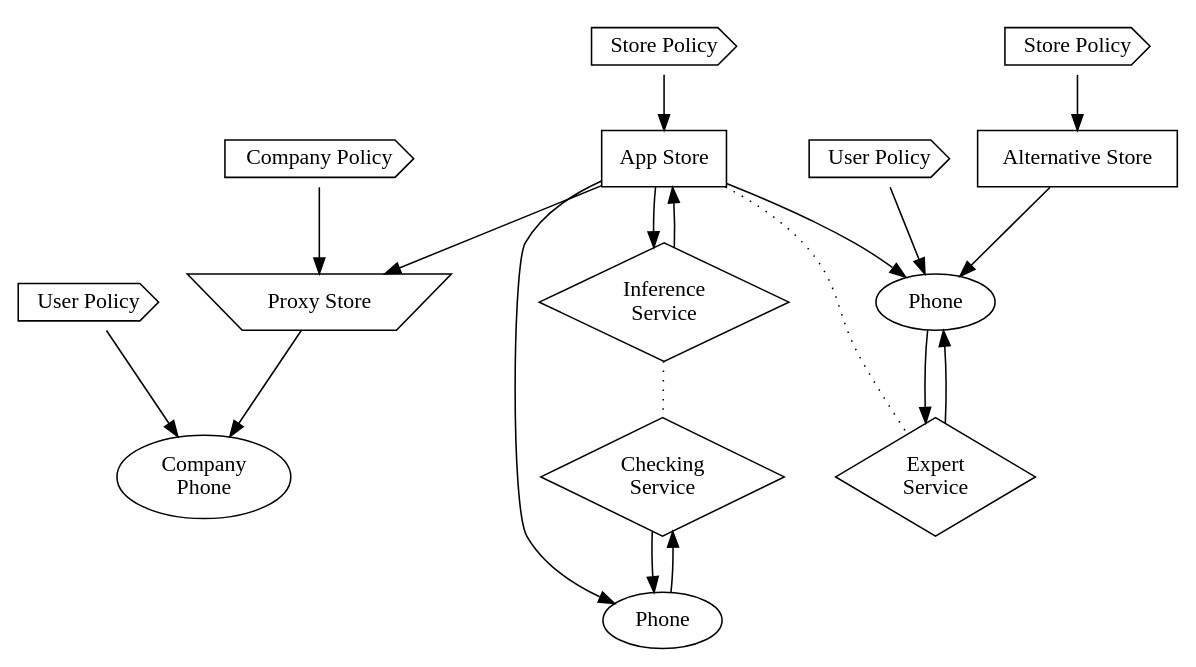
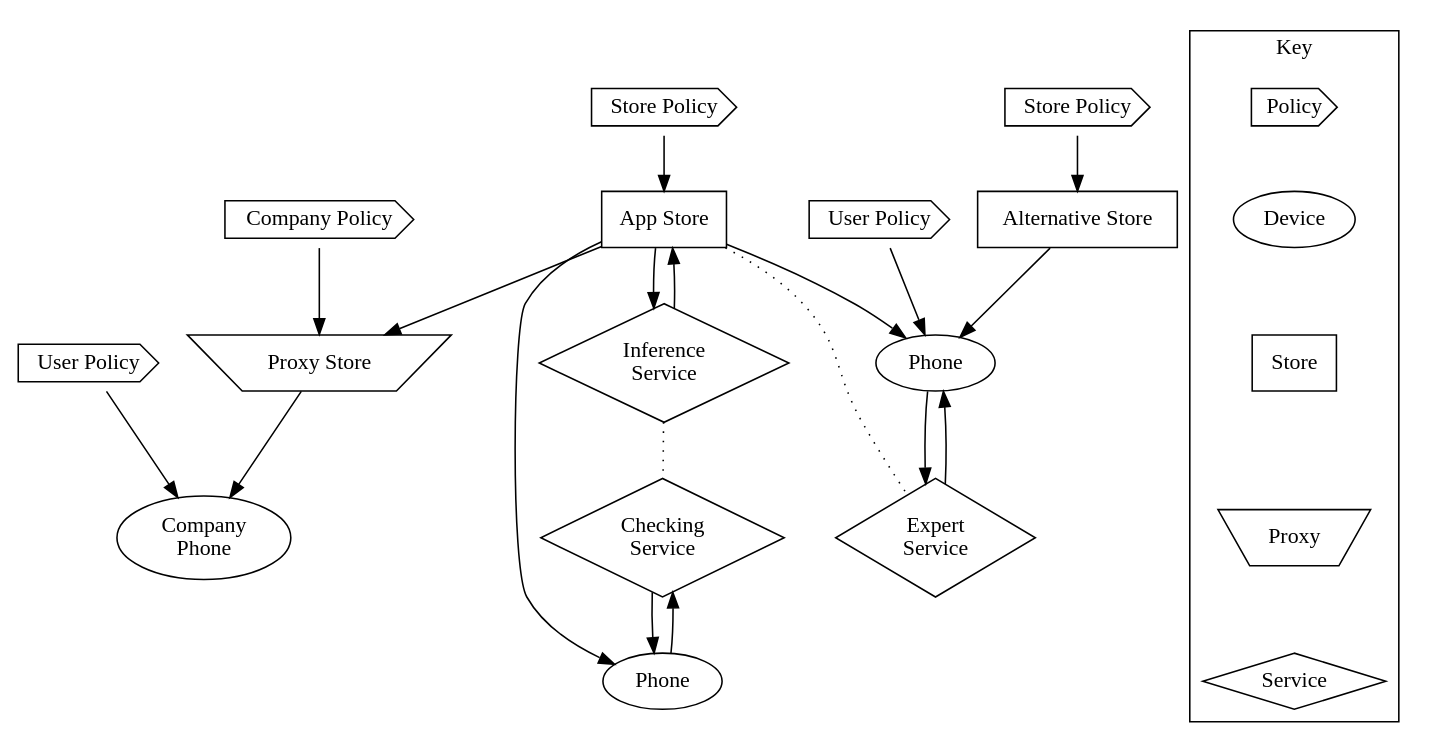
Before and after one commit to bogwonch/first-year-report: the diagram in img/appguarden.dot, drawn with Graphviz. The commit also changed 6 other files, not shown here.

```diff
--- a/img/appguarden.dot
+++ b/img/appguarden.dot
@@ -1,47 +1,62 @@
 digraph appguarden {
   overlap = false;
   splines = true;
+
+  node [fontname="LMSans10-Regular"];
 
   altStore      [label="Alternative Store"  shape=box          fontname="LMSans10-Regular"]
   appStore      [label="App Store"          shape=box          fontname="LMSans10-Regular"]
   checker       [label="Checking\nService"  shape=diamond      fontname="LMSans10-Regular"]
   companyPolicy [label="Company Policy"     shape=cds          fontname="LMSans10-Regular"]
   expert        [label="Expert\nService"    shape=diamond      fontname="LMSans10-Regular"]
   inferer       [label="Inference\nService" shape=diamond      fontname="LMSans10-Regular"]
   phone         [label="Phone"              shape=oval         fontname="LMSans10-Regular"]
   phone2        [label="Phone"              shape=oval         fontname="LMSans10-Regular"]
   phone4        [label="Company\nPhone"     shape=oval         fontname="LMSans10-Regular"]
   policy1       [label="Store Policy"       shape=cds          fontname="LMSans10-Regular"]
   policy2       [label="Store Policy"       shape=cds          fontname="LMSans10-Regular"]
   proxyStore    [label="Proxy Store"        shape=invtrapezium fontname="LMSans10-Regular"]
   userPolicy    [label="User Policy"        shape=cds          fontname="LMSans10-Regular"]
   userPolicy2   [label="User Policy"        shape=cds          fontname="LMSans10-Regular"]
 
+  subgraph cluster_key {
+    fontname="LMSans10-Bold";
+    label="Key";
+
+    Device [shape=oval];
+    Store [shape=box];
+    Service [shape=diamond];
+    Policy [shape=cds];
+    Proxy [shape=invtrapezium];
+    
+    edge [style=invisible arrowhead=none]
+    Policy -> Device -> Store -> Proxy -> Service;
+  }
 /*
   {rank=same appStore      policy2}
   {rank=same companyPolicy proxyStore}
   {rank=same policy1       altStore}
   {rank=same userPolicy    phone}
   {rank=same userPolicy2   phone4}
   */
 
   altStore      -> phone;
   appStore      -> expert  [arrowhead=none style=dotted];
   appStore      -> inferer;
   appStore      -> phone2;
   appStore      -> phone;
   appStore      -> proxyStore;
   checker       -> phone2;
   companyPolicy -> proxyStore;
   expert        -> phone;
   inferer       -> appStore;
   inferer       -> checker [arrowhead=none style=dotted];
   phone2        -> checker;
   phone        -> expert;
   policy1       -> appStore;
   policy2       -> altStore;
   proxyStore    -> phone4;
   userPolicy    -> phone;
   userPolicy2   -> phone4;
 
 }
```
